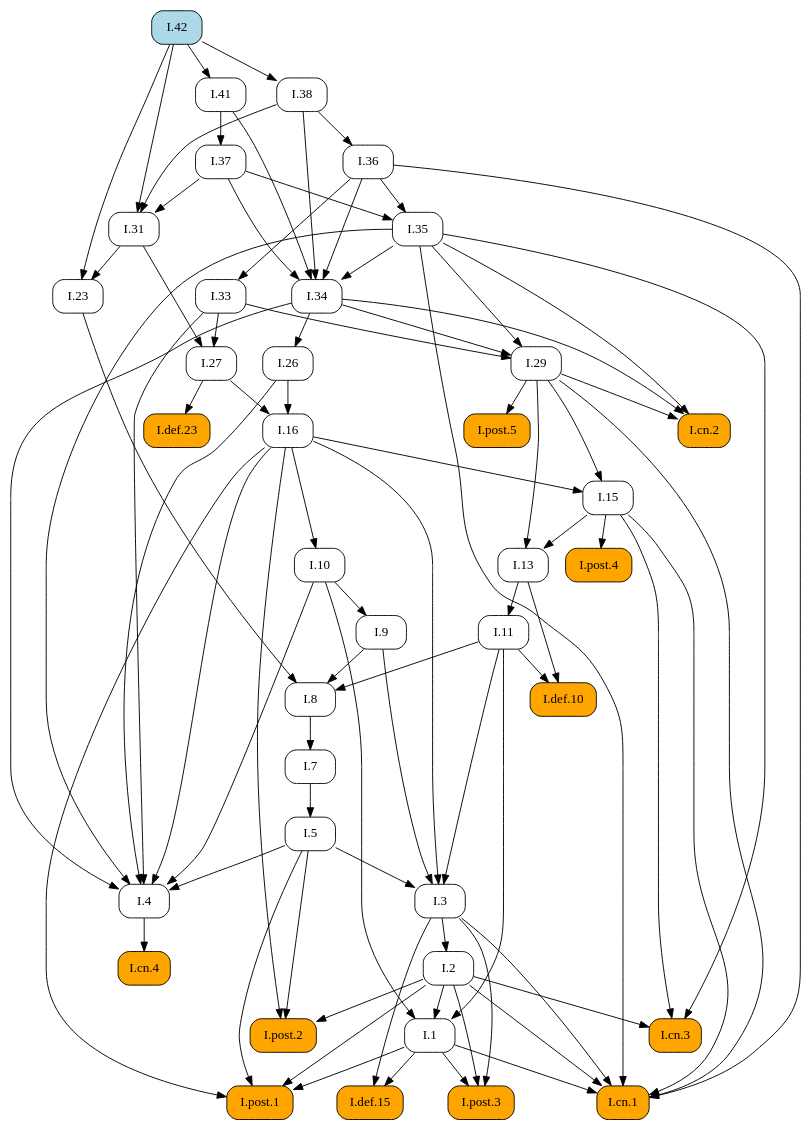
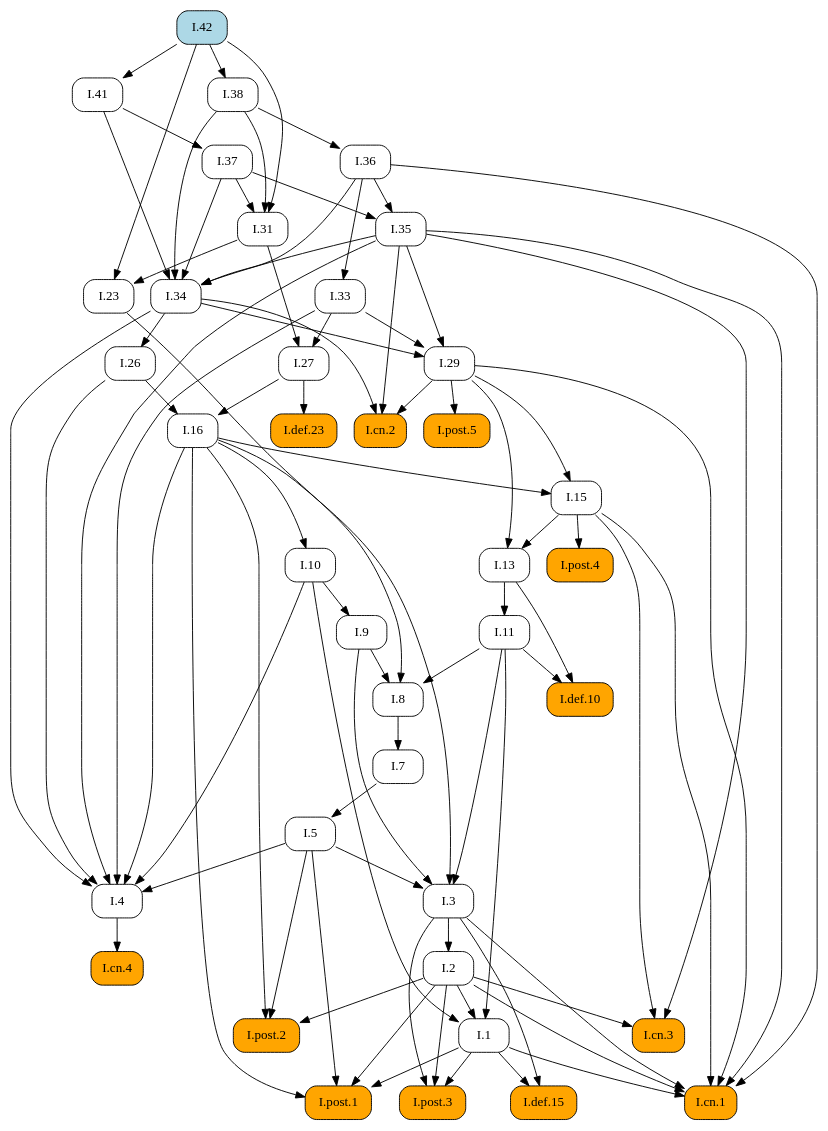
Before and after one commit to geometor/elements: the diagram in docsrc/heath/I/42/index.rst, drawn with Graphviz. The commit also changed other lines of this file and 1029 other files, not shown here.

```diff
--- a/docsrc/heath/I/42/index.rst
+++ b/docsrc/heath/I/42/index.rst
@@ -41,88 +41,98 @@
    digraph {
      rankdir="TB";
      node [shape=box, style=rounded];
+     "I.def.10" [style="rounded,filled", fillcolor=orange, URL="/heath/I/def.10/", target="_top"];
+     "I.11" [URL="/heath/I/11/", target="_top"];
+     "I.post.4" [style="rounded,filled", fillcolor=orange, URL="/heath/I/post.4/", target="_top"];
+     "I.1" [URL="/heath/I/1/", target="_top"];
+     "I.26" [URL="/heath/I/26/", target="_top"];
+     "I.29" [URL="/heath/I/29/", target="_top"];
+     "I.cn.2" [style="rounded,filled", fillcolor=orange, URL="/heath/I/cn.2/", target="_top"];
+     "I.def.15" [style="rounded,filled", fillcolor=orange, URL="/heath/I/def.15/", target="_top"];
+     "I.post.3" [style="rounded,filled", fillcolor=orange, URL="/heath/I/post.3/", target="_top"];
+     "I.cn.1" [style="rounded,filled", fillcolor=orange, URL="/heath/I/cn.1/", target="_top"];
      "I.cn.3" [style="rounded,filled", fillcolor=orange, URL="/heath/I/cn.3/", target="_top"];
+     "I.23" [URL="/heath/I/23/", target="_top"];
+     "I.post.1" [style="rounded,filled", fillcolor=orange, URL="/heath/I/post.1/", target="_top"];
+     "I.35" [URL="/heath/I/35/", target="_top"];
+     "I.41" [URL="/heath/I/41/", target="_top"];
+     "I.27" [URL="/heath/I/27/", target="_top"];
+     "I.36" [URL="/heath/I/36/", target="_top"];
+     "I.37" [URL="/heath/I/37/", target="_top"];
+     "I.34" [URL="/heath/I/34/", target="_top"];
      "I.7" [URL="/heath/I/7/", target="_top"];
-     "I.29" [URL="/heath/I/29/", target="_top"];
-     "I.27" [URL="/heath/I/27/", target="_top"];
+     "I.3" [URL="/heath/I/3/", target="_top"];
+     "I.2" [URL="/heath/I/2/", target="_top"];
+     "I.def.23" [style="rounded,filled", fillcolor=orange, URL="/heath/I/def.23/", target="_top"];
+     "I.4" [URL="/heath/I/4/", target="_top"];
+     "I.13" [URL="/heath/I/13/", target="_top"];
+     "I.33" [URL="/heath/I/33/", target="_top"];
+     "I.31" [URL="/heath/I/31/", target="_top"];
+     "I.post.2" [style="rounded,filled", fillcolor=orange, URL="/heath/I/post.2/", target="_top"];
+     "I.16" [URL="/heath/I/16/", target="_top"];
+     "I.42" [style="rounded,filled", fillcolor=lightblue, URL="/heath/I/42/", target="_top"];
+     "I.9" [URL="/heath/I/9/", target="_top"];
+     "I.8" [URL="/heath/I/8/", target="_top"];
+     "I.cn.4" [style="rounded,filled", fillcolor=orange, URL="/heath/I/cn.4/", target="_top"];
+     "I.15" [URL="/heath/I/15/", target="_top"];
+     "I.post.5" [style="rounded,filled", fillcolor=orange, URL="/heath/I/post.5/", target="_top"];
      "I.38" [URL="/heath/I/38/", target="_top"];
-     "I.def.23" [style="rounded,filled", fillcolor=orange, URL="/heath/I/def.23/", target="_top"];
-     "I.34" [URL="/heath/I/34/", target="_top"];
-     "I.8" [URL="/heath/I/8/", target="_top"];
-     "I.9" [URL="/heath/I/9/", target="_top"];
-     "I.post.4" [style="rounded,filled", fillcolor=orange, URL="/heath/I/post.4/", target="_top"];
-     "I.2" [URL="/heath/I/2/", target="_top"];
-     "I.42" [style="rounded,filled", fillcolor=lightblue, URL="/heath/I/42/", target="_top"];
-     "I.def.15" [style="rounded,filled", fillcolor=orange, URL="/heath/I/def.15/", target="_top"];
-     "I.1" [URL="/heath/I/1/", target="_top"];
-     "I.post.1" [style="rounded,filled", fillcolor=orange, URL="/heath/I/post.1/", target="_top"];
-     "I.cn.4" [style="rounded,filled", fillcolor=orange, URL="/heath/I/cn.4/", target="_top"];
-     "I.26" [URL="/heath/I/26/", target="_top"];
-     "I.33" [URL="/heath/I/33/", target="_top"];
-     "I.23" [URL="/heath/I/23/", target="_top"];
-     "I.13" [URL="/heath/I/13/", target="_top"];
-     "I.cn.2" [style="rounded,filled", fillcolor=orange, URL="/heath/I/cn.2/", target="_top"];
+     "I.10" [URL="/heath/I/10/", target="_top"];
      "I.5" [URL="/heath/I/5/", target="_top"];
-     "I.11" [URL="/heath/I/11/", target="_top"];
-     "I.10" [URL="/heath/I/10/", target="_top"];
-     "I.4" [URL="/heath/I/4/", target="_top"];
-     "I.3" [URL="/heath/I/3/", target="_top"];
-     "I.16" [URL="/heath/I/16/", target="_top"];
-     "I.31" [URL="/heath/I/31/", target="_top"];
-     "I.def.10" [style="rounded,filled", fillcolor=orange, URL="/heath/I/def.10/", target="_top"];
-     "I.post.2" [style="rounded,filled", fillcolor=orange, URL="/heath/I/post.2/", target="_top"];
-     "I.post.3" [style="rounded,filled", fillcolor=orange, URL="/heath/I/post.3/", target="_top"];
-     "I.post.5" [style="rounded,filled", fillcolor=orange, URL="/heath/I/post.5/", target="_top"];
-     "I.36" [URL="/heath/I/36/", target="_top"];
-     "I.35" [URL="/heath/I/35/", target="_top"];
-     "I.15" [URL="/heath/I/15/", target="_top"];
-     "I.cn.1" [style="rounded,filled", fillcolor=orange, URL="/heath/I/cn.1/", target="_top"];
-     "I.41" [URL="/heath/I/41/", target="_top"];
-     "I.37" [URL="/heath/I/37/", target="_top"];
+     "I.11" -> "I.def.10";
+     "I.13" -> "I.def.10";
+     "I.13" -> "I.11";
+     "I.15" -> "I.post.4";
+     "I.2" -> "I.1";
+     "I.10" -> "I.1";
+     "I.11" -> "I.1";
+     "I.34" -> "I.26";
+     "I.33" -> "I.29";
+     "I.34" -> "I.29";
+     "I.35" -> "I.29";
+     "I.29" -> "I.cn.2";
+     "I.34" -> "I.cn.2";
+     "I.35" -> "I.cn.2";
+     "I.1" -> "I.def.15";
+     "I.3" -> "I.def.15";
+     "I.1" -> "I.post.3";
+     "I.2" -> "I.post.3";
+     "I.3" -> "I.post.3";
+     "I.1" -> "I.cn.1";
+     "I.2" -> "I.cn.1";
+     "I.3" -> "I.cn.1";
+     "I.15" -> "I.cn.1";
+     "I.29" -> "I.cn.1";
+     "I.35" -> "I.cn.1";
+     "I.36" -> "I.cn.1";
      "I.2" -> "I.cn.3";
      "I.15" -> "I.cn.3";
      "I.35" -> "I.cn.3";
-     "I.8" -> "I.7";
-     "I.33" -> "I.29";
-     "I.34" -> "I.29";
-     "I.35" -> "I.29";
+     "I.31" -> "I.23";
+     "I.42" -> "I.23";
+     "I.1" -> "I.post.1";
+     "I.2" -> "I.post.1";
+     "I.5" -> "I.post.1";
+     "I.16" -> "I.post.1";
+     "I.36" -> "I.35";
+     "I.37" -> "I.35";
+     "I.42" -> "I.41";
      "I.31" -> "I.27";
      "I.33" -> "I.27";
-     "I.42" -> "I.38";
-     "I.27" -> "I.def.23";
+     "I.38" -> "I.36";
+     "I.41" -> "I.37";
      "I.35" -> "I.34";
      "I.36" -> "I.34";
      "I.37" -> "I.34";
      "I.38" -> "I.34";
      "I.41" -> "I.34";
-     "I.9" -> "I.8";
-     "I.11" -> "I.8";
-     "I.23" -> "I.8";
-     "I.10" -> "I.9";
-     "I.15" -> "I.post.4";
+     "I.8" -> "I.7";
+     "I.5" -> "I.3";
+     "I.9" -> "I.3";
+     "I.11" -> "I.3";
+     "I.16" -> "I.3";
      "I.3" -> "I.2";
-     "I.1" -> "I.def.15";
-     "I.3" -> "I.def.15";
-     "I.2" -> "I.1";
-     "I.10" -> "I.1";
-     "I.11" -> "I.1";
-     "I.1" -> "I.post.1";
-     "I.2" -> "I.post.1";
-     "I.5" -> "I.post.1";
-     "I.16" -> "I.post.1";
-     "I.4" -> "I.cn.4";
-     "I.34" -> "I.26";
-     "I.36" -> "I.33";
-     "I.31" -> "I.23";
-     "I.42" -> "I.23";
-     "I.15" -> "I.13";
-     "I.29" -> "I.13";
-     "I.29" -> "I.cn.2";
-     "I.34" -> "I.cn.2";
-     "I.35" -> "I.cn.2";
-     "I.7" -> "I.5";
-     "I.13" -> "I.11";
-     "I.16" -> "I.10";
+     "I.27" -> "I.def.23";
      "I.5" -> "I.4";
      "I.10" -> "I.4";
      "I.16" -> "I.4";
@@ -130,36 +140,26 @@
      "I.33" -> "I.4";
      "I.34" -> "I.4";
      "I.35" -> "I.4";
-     "I.5" -> "I.3";
-     "I.9" -> "I.3";
-     "I.11" -> "I.3";
-     "I.16" -> "I.3";
-     "I.26" -> "I.16";
-     "I.27" -> "I.16";
+     "I.15" -> "I.13";
+     "I.29" -> "I.13";
+     "I.36" -> "I.33";
      "I.37" -> "I.31";
      "I.38" -> "I.31";
      "I.42" -> "I.31";
-     "I.11" -> "I.def.10";
-     "I.13" -> "I.def.10";
      "I.2" -> "I.post.2";
      "I.5" -> "I.post.2";
      "I.16" -> "I.post.2";
-     "I.1" -> "I.post.3";
-     "I.2" -> "I.post.3";
-     "I.3" -> "I.post.3";
-     "I.29" -> "I.post.5";
-     "I.38" -> "I.36";
-     "I.36" -> "I.35";
-     "I.37" -> "I.35";
+     "I.26" -> "I.16";
+     "I.27" -> "I.16";
+     "I.10" -> "I.9";
+     "I.9" -> "I.8";
+     "I.11" -> "I.8";
+     "I.23" -> "I.8";
+     "I.4" -> "I.cn.4";
      "I.16" -> "I.15";
      "I.29" -> "I.15";
-     "I.1" -> "I.cn.1";
-     "I.2" -> "I.cn.1";
-     "I.3" -> "I.cn.1";
-     "I.15" -> "I.cn.1";
-     "I.29" -> "I.cn.1";
-     "I.35" -> "I.cn.1";
-     "I.36" -> "I.cn.1";
-     "I.42" -> "I.41";
-     "I.41" -> "I.37";
+     "I.29" -> "I.post.5";
+     "I.42" -> "I.38";
+     "I.16" -> "I.10";
+     "I.7" -> "I.5";
    }
```
